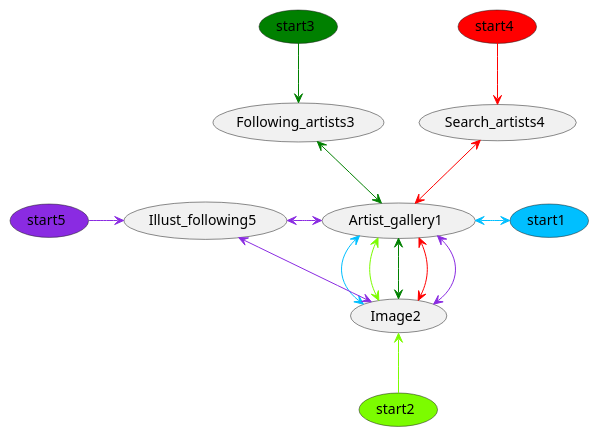
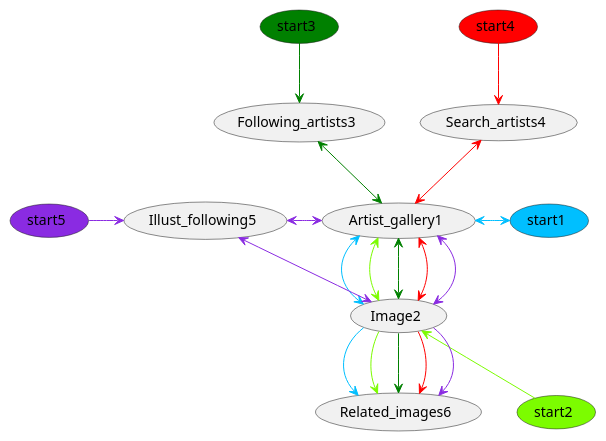
One commit to akazukin5151/koneko changed the diagram in puml/flowchart.puml. Above: the diagram before and after it, drawn with PlantUML. The commit also changed 1 other file, not shown here.

Commit message:
Update flowchart for mode 6

```diff
--- a/puml/flowchart.puml
+++ b/puml/flowchart.puml
@@ -1,33 +1,39 @@
 @startuml
 
 usecase Artist_gallery1
 usecase Image2
 usecase Following_artists3
 usecase Search_artists4
 usecase Illust_following5
+usecase Related_images6
 
 usecase start1 #DeepSkyBlue
 Artist_gallery1 <-[#DeepSkyBlue]right-> start1
 Artist_gallery1 <-[#DeepSkyBlue]-> Image2
 
 usecase start2 #LawnGreen
 Artist_gallery1 <-[#LawnGreen]-> Image2
 Image2 <-[#LawnGreen]- start2
+Image2 -[#DeepSkyBlue]-> Related_images6
+Image2 -[#LawnGreen]-> Related_images6
+Image2 -[#green]-> Related_images6
+Image2 -[#red]-> Related_images6
+Image2 -[#BlueViolet]-> Related_images6
 
 usecase start3 #green
 Following_artists3 <-[#green]-> Artist_gallery1
 Artist_gallery1 <-[#green]-> Image2
 Following_artists3 <-[#green]up- start3
 
 usecase start4 #red
 Search_artists4 <-[#red]-> Artist_gallery1
 Search_artists4 <-[#red]up- start4
 Artist_gallery1 <-[#red]-> Image2
 
 usecase start5 #BlueViolet
 Illust_following5 <-[#BlueViolet]-> Image2
 Illust_following5 <-[#BlueViolet]left- start5
 Artist_gallery1 <-[#BlueViolet]-> Image2
 Illust_following5 <-[#BlueViolet]right-> Artist_gallery1
 
 @enduml
```
